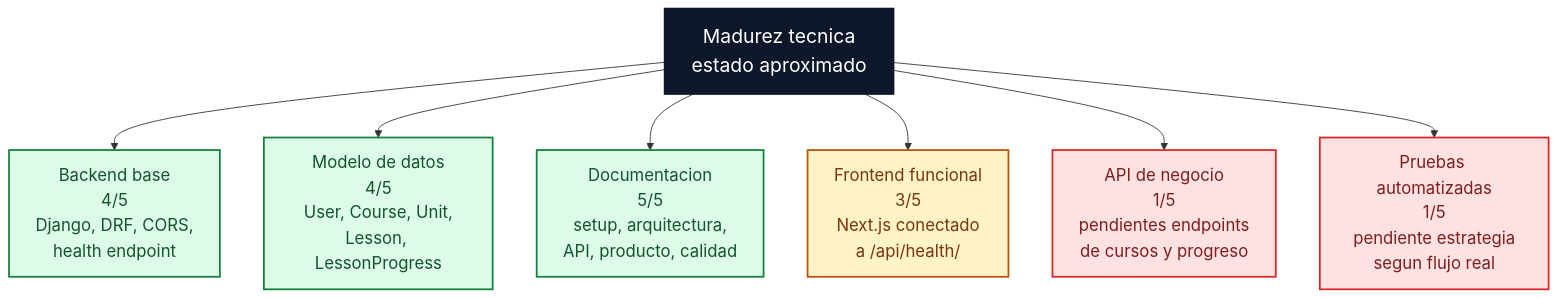
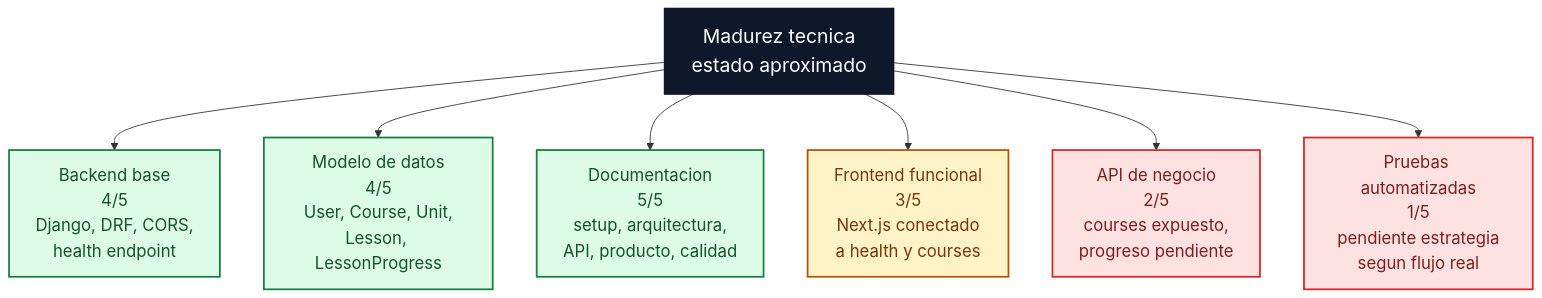
The third of 3 diagrams in docs/quality/DIAGRAMS.md (fcamusr/portafolio-e-learning-teologia), drawn with Mermaid before and after one commit. The commit also changed other lines of this file and 34 other files, not shown here.

````diff
--- a/docs/quality/DIAGRAMS.md
+++ b/docs/quality/DIAGRAMS.md
@@ -110,22 +110,22 @@
 ```mermaid
 %%{init: {"themeVariables": {"fontSize": "19px", "fontFamily": "Arial"}}}%%
 flowchart TD
   Center["Madurez tecnica<br/>estado aproximado"]
 
   Center --> Backend["Backend base<br/>4/5<br/>Django, DRF, CORS,<br/>health endpoint"]
   Center --> Data["Modelo de datos<br/>4/5<br/>User, Course, Unit,<br/>Lesson, LessonProgress"]
   Center --> Docs["Documentacion<br/>5/5<br/>setup, arquitectura,<br/>API, producto, calidad"]
-  Center --> Frontend["Frontend funcional<br/>3/5<br/>Next.js conectado<br/>a /api/health/"]
-  Center --> Api["API de negocio<br/>1/5<br/>pendientes endpoints<br/>de cursos y progreso"]
+  Center --> Frontend["Frontend funcional<br/>3/5<br/>Next.js conectado<br/>a health y courses"]
+  Center --> Api["API de negocio<br/>2/5<br/>courses expuesto,<br/>progreso pendiente"]
   Center --> Tests["Pruebas automatizadas<br/>1/5<br/>pendiente estrategia<br/>segun flujo real"]
 
   classDef center fill:#0f172a,stroke:#0f172a,color:#ffffff,font-size:22px,stroke-width:3px
   classDef mature fill:#dcfce7,stroke:#15803d,color:#14532d,font-size:19px,stroke-width:2px
   classDef medium fill:#fef3c7,stroke:#b45309,color:#78350f,font-size:19px,stroke-width:2px
   classDef low fill:#fee2e2,stroke:#dc2626,color:#7f1d1d,font-size:19px,stroke-width:2px
 
   class Center center
   class Backend,Data,Docs mature
   class Frontend medium
   class Api,Tests low
 ```
````
